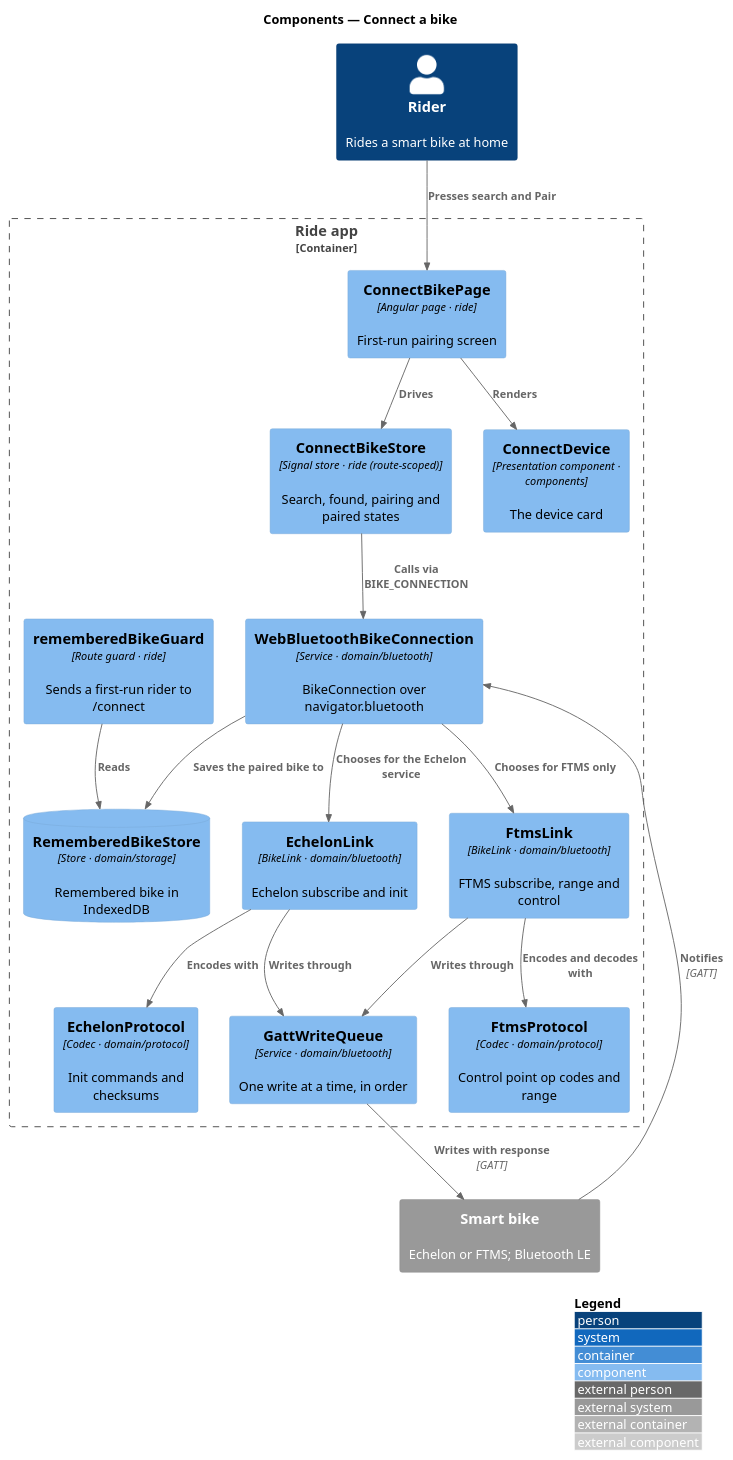
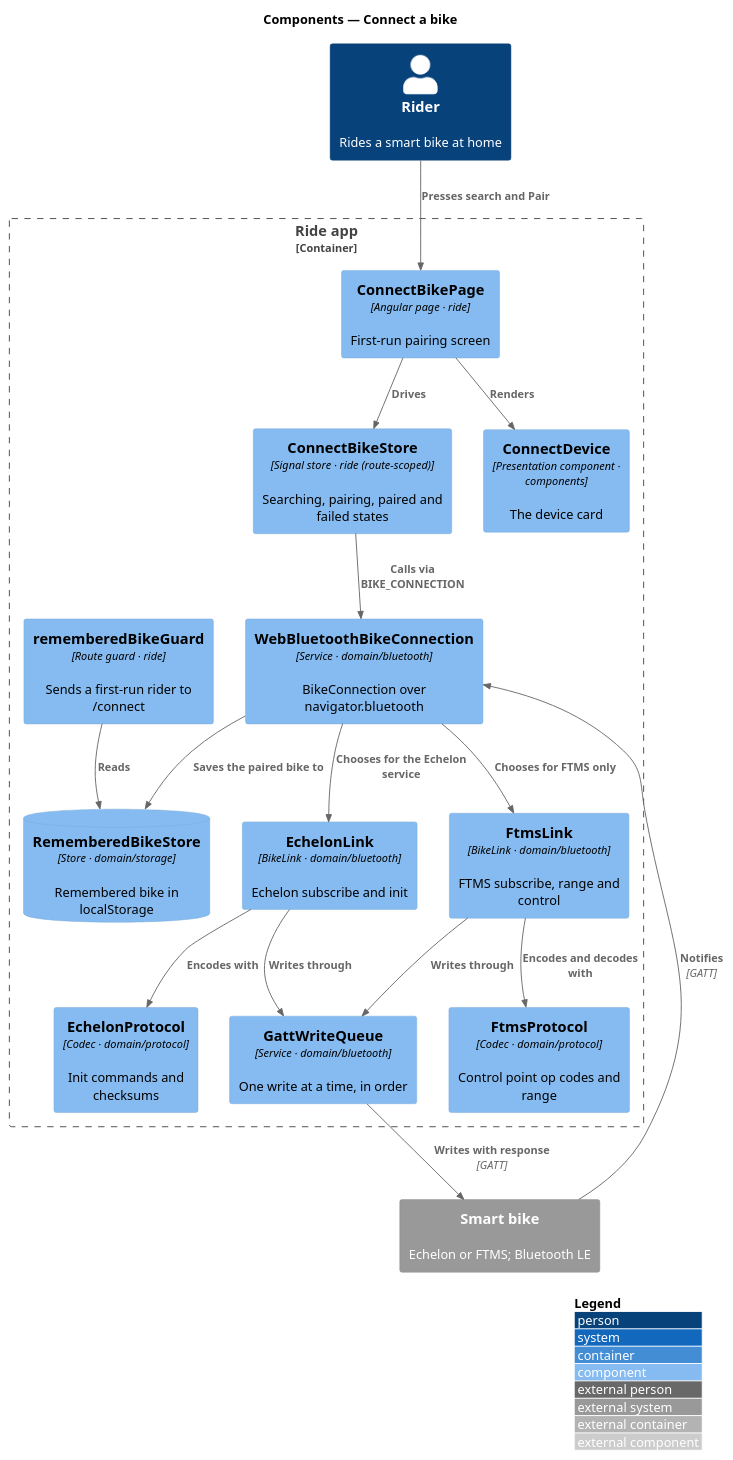
Before and after one commit to QuinntyneBrown/ride-one: the diagram in docs/detailed-designs/bike/connect-a-bike/diagrams/c4-component.puml, drawn with PlantUML. The commit also changed 19 other files, not shown here.

First line of the commit message:
Align pairing: one press, the bike's identity, a blocked chooser

```diff
--- a/docs/detailed-designs/bike/connect-a-bike/diagrams/c4-component.puml
+++ b/docs/detailed-designs/bike/connect-a-bike/diagrams/c4-component.puml
@@ -1,34 +1,34 @@
 @startuml
 !include <C4/C4_Component>
 LAYOUT_WITH_LEGEND()
 title Components — Connect a bike
 Person(rider, "Rider", "Rides a smart bike at home")
 System_Ext(bike, "Smart bike", "Echelon or FTMS; Bluetooth LE")
 Container_Boundary(app, "Ride app") {
   Component(guard, "rememberedBikeGuard", "Route guard · ride", "Sends a first-run rider to /connect")
   Component(page, "ConnectBikePage", "Angular page · ride", "First-run pairing screen")
-  Component(store, "ConnectBikeStore", "Signal store · ride (route-scoped)", "Search, found, pairing and paired states")
+  Component(store, "ConnectBikeStore", "Signal store · ride (route-scoped)", "Searching, pairing, paired and failed states")
   Component(device, "ConnectDevice", "Presentation component · components", "The device card")
   Component(conn, "WebBluetoothBikeConnection", "Service · domain/bluetooth", "BikeConnection over navigator.bluetooth")
   Component(echelon, "EchelonLink", "BikeLink · domain/bluetooth", "Echelon subscribe and init")
   Component(ftms, "FtmsLink", "BikeLink · domain/bluetooth", "FTMS subscribe, range and control")
   Component(queue, "GattWriteQueue", "Service · domain/bluetooth", "One write at a time, in order")
   Component(eproto, "EchelonProtocol", "Codec · domain/protocol", "Init commands and checksums")
   Component(fproto, "FtmsProtocol", "Codec · domain/protocol", "Control point op codes and range")
-  ComponentDb(remembered, "RememberedBikeStore", "Store · domain/storage", "Remembered bike in IndexedDB")
+  ComponentDb(remembered, "RememberedBikeStore", "Store · domain/storage", "Remembered bike in localStorage")
 }
 Rel(rider, page, "Presses search and Pair")
 Rel(guard, remembered, "Reads")
 Rel(page, store, "Drives")
 Rel(page, device, "Renders")
 Rel(store, conn, "Calls via BIKE_CONNECTION")
 Rel(conn, echelon, "Chooses for the Echelon service")
 Rel(conn, ftms, "Chooses for FTMS only")
 Rel(echelon, queue, "Writes through")
 Rel(ftms, queue, "Writes through")
 Rel(echelon, eproto, "Encodes with")
 Rel(ftms, fproto, "Encodes and decodes with")
 Rel(conn, remembered, "Saves the paired bike to")
 Rel(queue, bike, "Writes with response", "GATT")
 Rel(bike, conn, "Notifies", "GATT")
 @enduml
```
